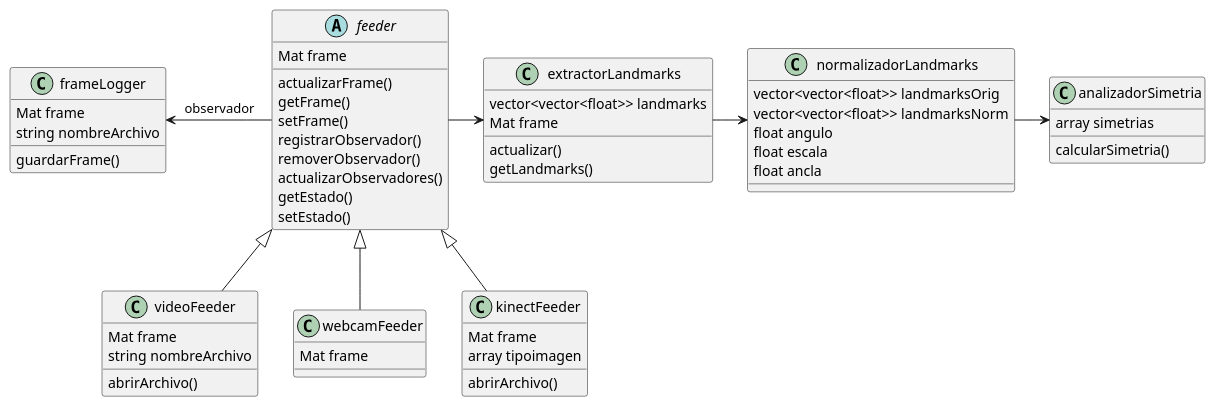
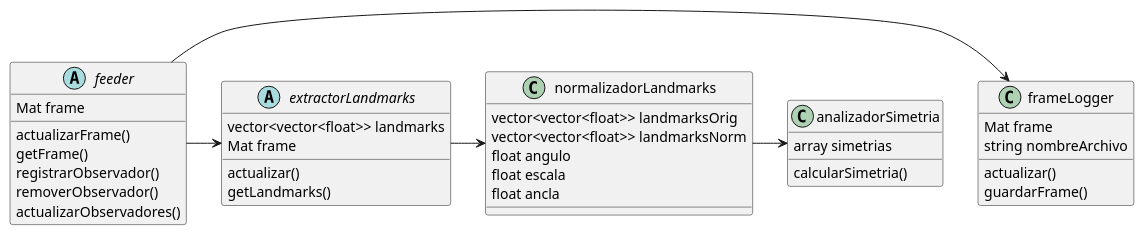
One commit to agustinavila/ProyectoVision changed the first of 4 diagrams in Diagrama.puml. Above: the diagram before and after it, drawn with PlantUML. The commit also changed other lines of this file and 5 other files, not shown here.

```diff
--- a/Diagrama.puml
+++ b/Diagrama.puml
@@ -1,68 +3,49 @@
 @startuml proyectoVision
 
 abstract class feeder{
 	Mat frame
 	actualizarFrame()
 	getFrame()
-	setFrame()
 	registrarObservador()
 	removerObservador()
 	actualizarObservadores()
-	getEstado()
-	setEstado()
 }
 
 class frameLogger{
 	Mat frame
 	string nombreArchivo
+	actualizar()
 	guardarFrame()
 }
-frameLogger<- feeder: observador
-
-class videoFeeder{
-	Mat frame
-	string nombreArchivo
-	abrirArchivo()
-}
-feeder<|--videoFeeder
-
-class webcamFeeder{
-	Mat frame
-}
-feeder<|--webcamFeeder
-
-class kinectFeeder{
-	'"tipoimagen" deberia servir para registrar RGB, IR o profundidad
-	Mat frame
-	array tipoimagen
-	abrirArchivo()
-}
-feeder<|--kinectFeeder
+feeder -> frameLogger
 
 feeder->extractorLandmarks
 
-class extractorLandmarks{
+abstract class extractorLandmarks{
 	'debe definir todos los datos necesarios
 	'y los metodos para extraer y registrar los datos
 
 	vector<vector<float>> landmarks
 	Mat frame
 	actualizar()
 	getLandmarks()
 }
 
 extractorLandmarks->normalizadorLandmarks
+
 class normalizadorLandmarks{
 	vector<vector<float>> landmarksOrig
 	vector<vector<float>> landmarksNorm
 	float angulo
 	float escala
 	float ancla
 }
 
 class analizadorSimetria{
 array simetrias
 calcularSimetria()
 }
+
 normalizadorLandmarks -> analizadorSimetria
+
 @enduml
```
